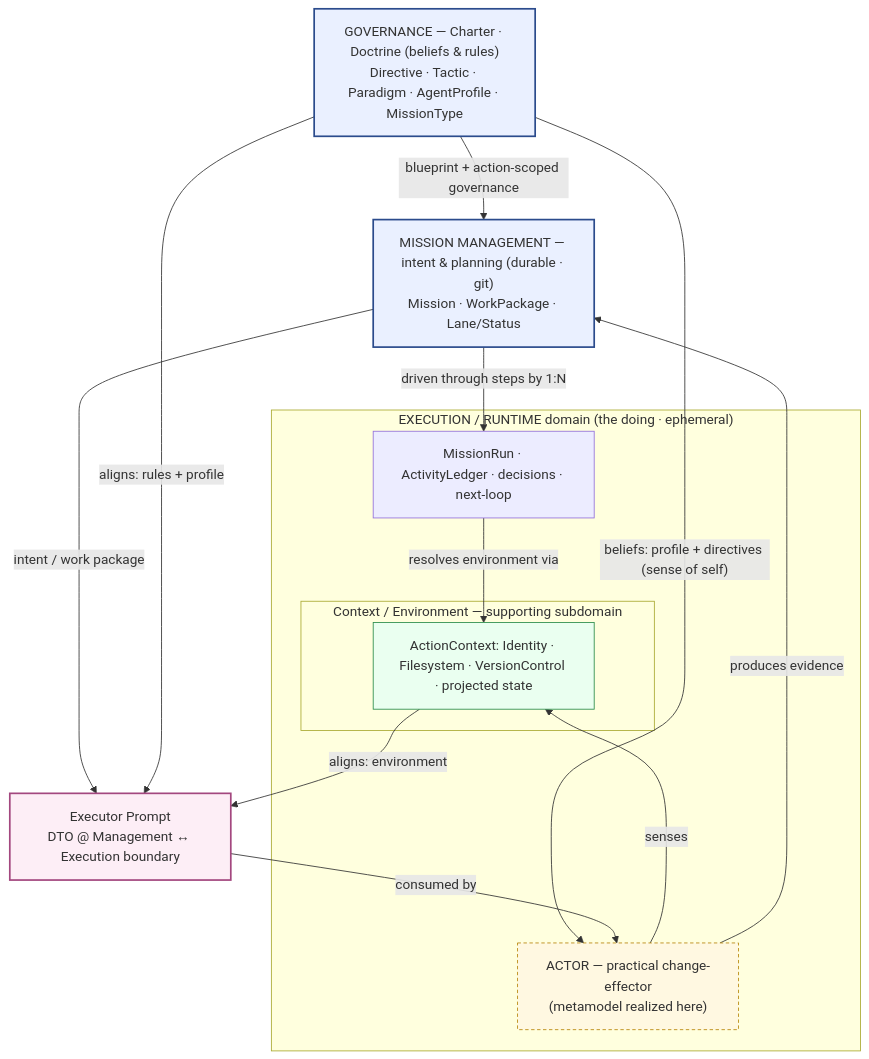
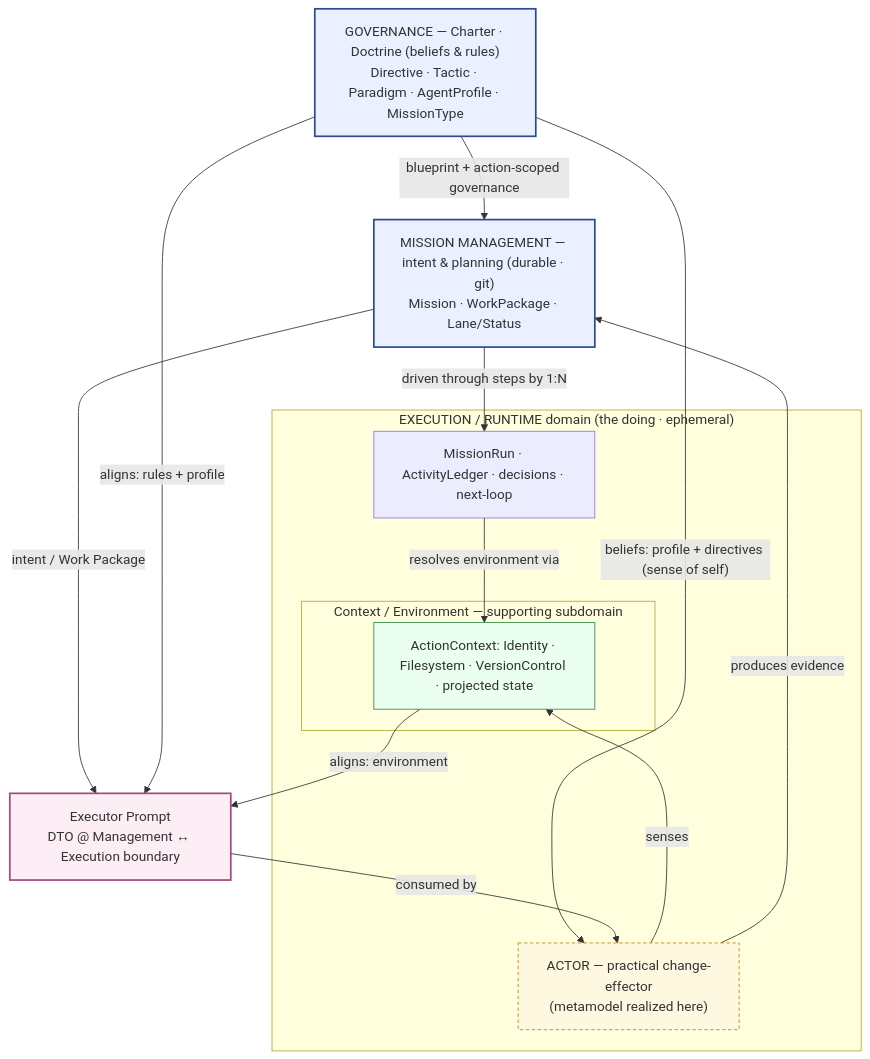
Before and after one commit to Priivacy-ai/spec-kitty: the first of 8 diagrams in docs/plans/engineering-notes/runtime_and_state_overhaul/14-model-diagrams.md, drawn with Mermaid. The commit also changed other lines of this file and 24 other files, not shown here.

````diff
--- a/docs/plans/engineering-notes/runtime_and_state_overhaul/14-model-diagrams.md
+++ b/docs/plans/engineering-notes/runtime_and_state_overhaul/14-model-diagrams.md
@@ -47,31 +47,31 @@
 ```mermaid
 graph TD
   classDef dom fill:#eaf0ff,stroke:#2b4b8c,stroke-width:2px;
   classDef sup fill:#eafff0,stroke:#2b8c4b,stroke-width:1px;
   classDef dto fill:#fdeef6,stroke:#a3477f,stroke-width:2px;
   classDef meta fill:#fff8e1,stroke:#b8860b,stroke-dasharray:4 3;
 
   GOV["GOVERNANCE — Charter · Doctrine (beliefs &amp; rules)<br/>Directive · Tactic · Paradigm · AgentProfile · MissionType"]:::dom
   MM["MISSION MANAGEMENT — intent &amp; planning (durable · git)<br/>Mission · WorkPackage · Lane/Status"]:::dom
 
   subgraph EXEC["EXECUTION / RUNTIME domain (the doing · ephemeral)"]
     RUNc["MissionRun · ActivityLedger · decisions · next-loop"]
     ACTOR["ACTOR — practical change-effector<br/>(metamodel realized here)"]:::meta
     subgraph CTXSUB["Context / Environment — supporting subdomain"]
       CTXc["ActionContext: Identity · Filesystem · VersionControl · projected state"]:::sup
     end
   end
 
   PROMPT["Executor Prompt<br/>DTO @ Management ↔ Execution boundary"]:::dto
 
   GOV -->|"blueprint + action-scoped governance"| MM
   GOV -->|"beliefs: profile + directives (sense of self)"| ACTOR
   MM -->|"driven through steps by  1:N"| RUNc
-  MM -->|"intent / work package"| PROMPT
+  MM -->|"intent / Work Package"| PROMPT
   GOV -->|"aligns: rules + profile"| PROMPT
   CTXc -->|"aligns: environment"| PROMPT
   PROMPT -->|"consumed by"| ACTOR
   ACTOR -->|"senses"| CTXc
   ACTOR -->|"produces evidence"| MM
   RUNc -->|"resolves environment via"| CTXc
 ```
````
